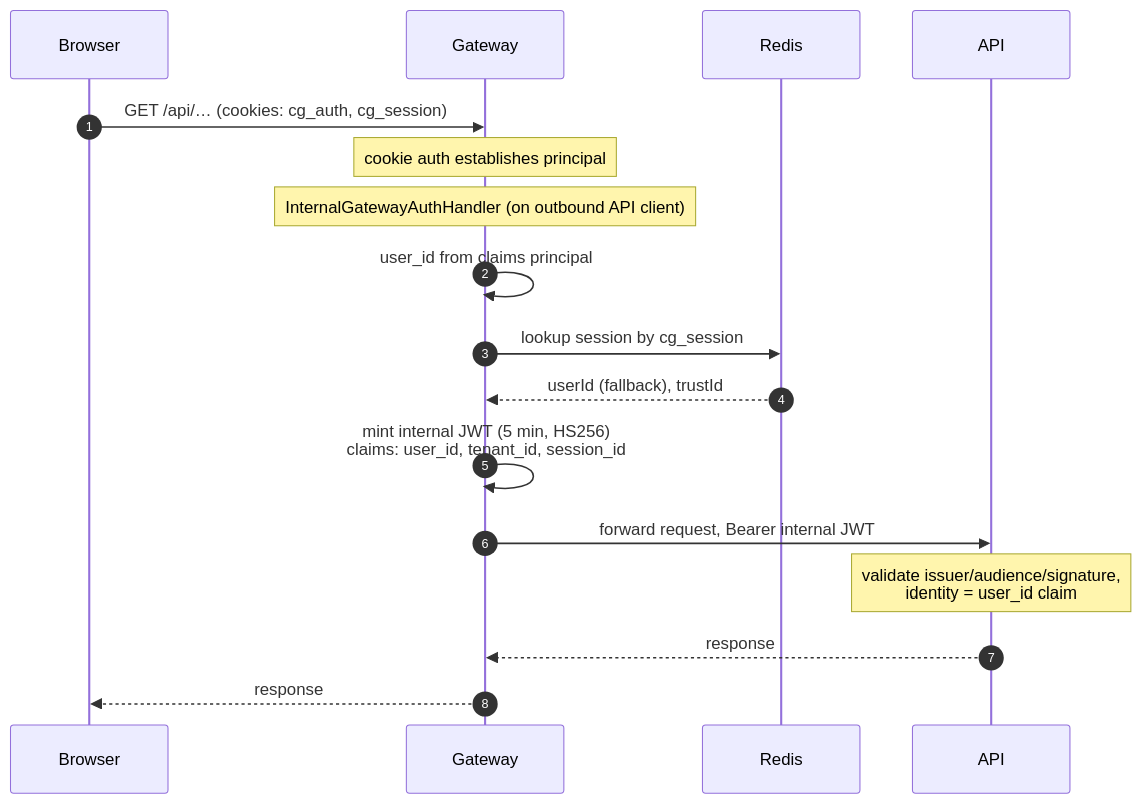
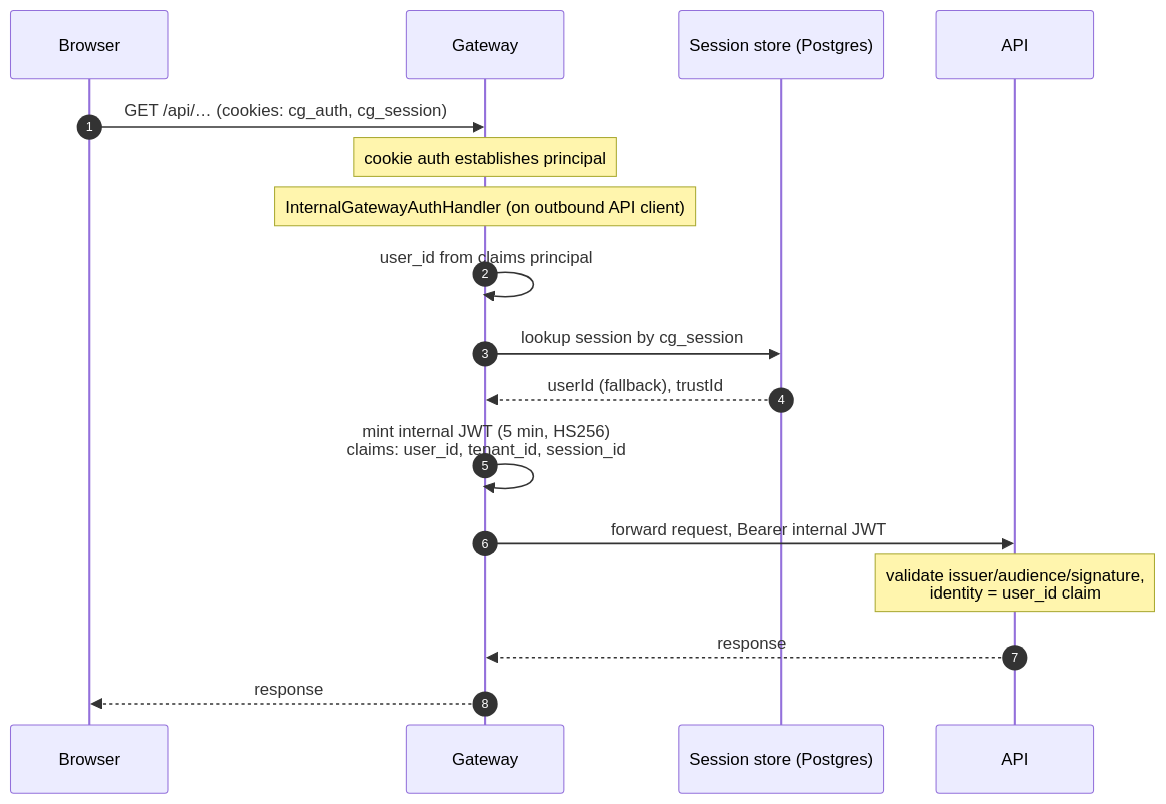
The second of 3 diagrams in docs/auth-flow.md (pkarlsson-codes/common-ground), drawn with Mermaid before and after one commit. The commit also changed other lines of this file and 25 other files, not shown here.

First line of the commit message:
feat(gateway): keep sessions and Data Protection keys in Postgres, remove Redis

````diff
--- a/docs/auth-flow.md
+++ b/docs/auth-flow.md
@@ -40,20 +40,20 @@
 ```mermaid
 sequenceDiagram
     autonumber
     participant B as Browser
     participant G as Gateway
-    participant R as Redis
+    participant R as Session store (Postgres)
     participant A as API
 
     B->>G: GET /api/… (cookies: cg_auth, cg_session)
     Note over G: cookie auth establishes principal
     Note over G: InternalGatewayAuthHandler (on outbound API client)
     G->>G: user_id from claims principal
     G->>R: lookup session by cg_session
     R-->>G: userId (fallback), trustId
     G->>G: mint internal JWT (5 min, HS256)<br/>claims: user_id, tenant_id, session_id
     G->>A: forward request, Bearer internal JWT
     Note over A: validate issuer/audience/signature,<br/>identity = user_id claim
     A-->>G: response
     G-->>B: response
 ```
````
